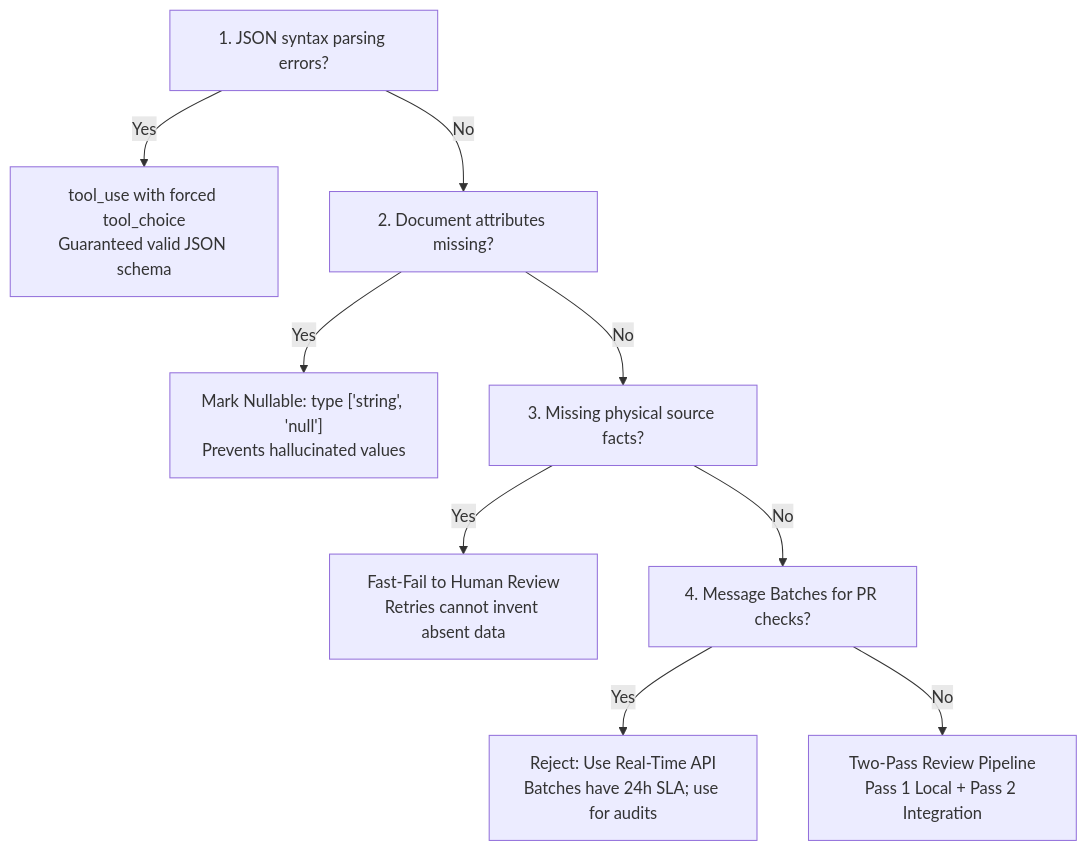
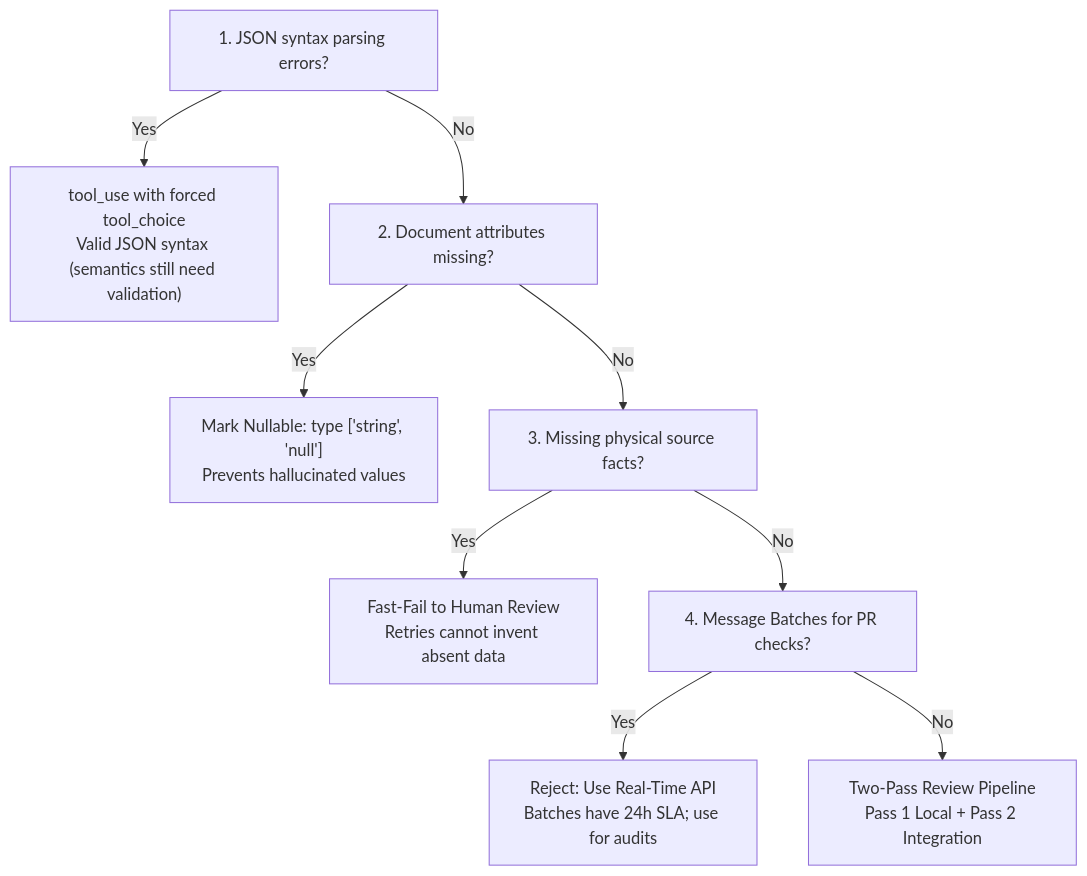
One commit to dip4k/claude_cert_architect_foundation_prep changed the second of 2 diagrams in domain4/README.md. Above: the diagram before and after it, drawn with Mermaid. The commit also changed other lines of this file and 133 other files, not shown here.

````diff
--- a/domain4/README.md
+++ b/domain4/README.md
@@ -119,11 +141,11 @@
 ```mermaid
 flowchart TD
-    Q1["1. JSON syntax parsing errors?"] -->|Yes| A1["tool_use with forced tool_choice<br>Guaranteed valid JSON schema"]
+    Q1["1. JSON syntax parsing errors?"] -->|Yes| A1["tool_use with forced tool_choice<br>Valid JSON syntax (semantics still need validation)"]
     Q1 -->|No| Q2["2. Document attributes missing?"]
     Q2 -->|Yes| A2["Mark Nullable: type ['string', 'null']<br>Prevents hallucinated values"]
     Q2 -->|No| Q3["3. Missing physical source facts?"]
     Q3 -->|Yes| A3["Fast-Fail to Human Review<br>Retries cannot invent absent data"]
     Q3 -->|No| Q4["4. Message Batches for PR checks?"]
     Q4 -->|Yes| A4["Reject: Use Real-Time API<br>Batches have 24h SLA; use for audits"]
     Q4 -->|No| A5["Two-Pass Review Pipeline<br>Pass 1 Local + Pass 2 Integration"]
 ```
````
